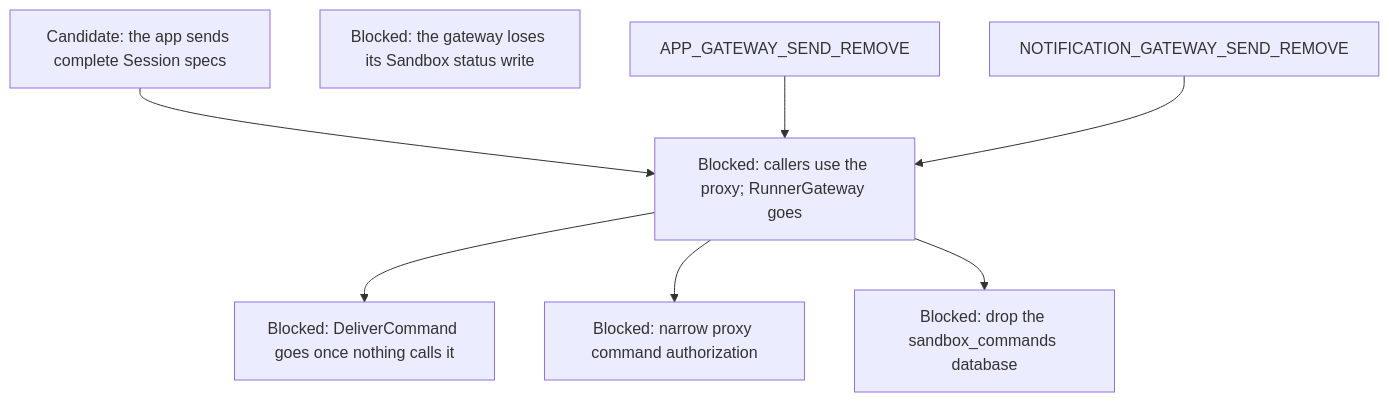
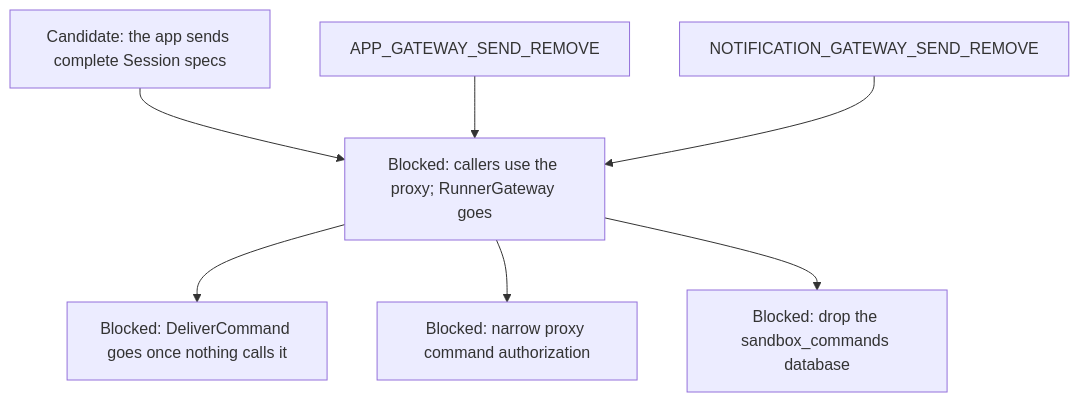
One commit to agentydragon-agent/ducktape changed diagram 15 of 15 in agentplane/plans/task_dag.md. Above: the diagram before and after it, drawn with Mermaid. The commit also changed other lines of this file and 5 other files, not shown here.

First line of the commit message:
Remove Runner Gateway Sandbox status write grant (#10512)

````diff
--- a/agentplane/plans/task_dag.md
+++ b/agentplane/plans/task_dag.md
@@ -1357,15 +1357,14 @@
 ```mermaid
 flowchart TD
     APP_SESSION_DEFAULTS[Candidate: the app sends complete Session specs]
     RUNNER_COMMAND_RPCS[Blocked: DeliverCommand goes once nothing calls it]
     GATEWAY_WRAPPER_RETIRE --> RUNNER_COMMAND_RPCS
     GATEWAY_WRAPPER_RETIRE[Blocked: callers use the proxy; RunnerGateway goes]
     GATEWAY_DATABASE_DROP[Blocked: drop the sandbox_commands database]
-    GATEWAY_STATUS_RBAC_REMOVE[Blocked: the gateway loses its Sandbox status write]
     APP_SESSION_DEFAULTS --> GATEWAY_WRAPPER_RETIRE
     APP_GATEWAY_SEND_REMOVE --> GATEWAY_WRAPPER_RETIRE
     NOTIFICATION_GATEWAY_SEND_REMOVE --> GATEWAY_WRAPPER_RETIRE
     PROXY_START_METHODS_DISPATCHER_ONLY[Blocked: narrow proxy command authorization]
     GATEWAY_WRAPPER_RETIRE --> PROXY_START_METHODS_DISPATCHER_ONLY
     GATEWAY_WRAPPER_RETIRE --> GATEWAY_DATABASE_DROP
 ```
````
